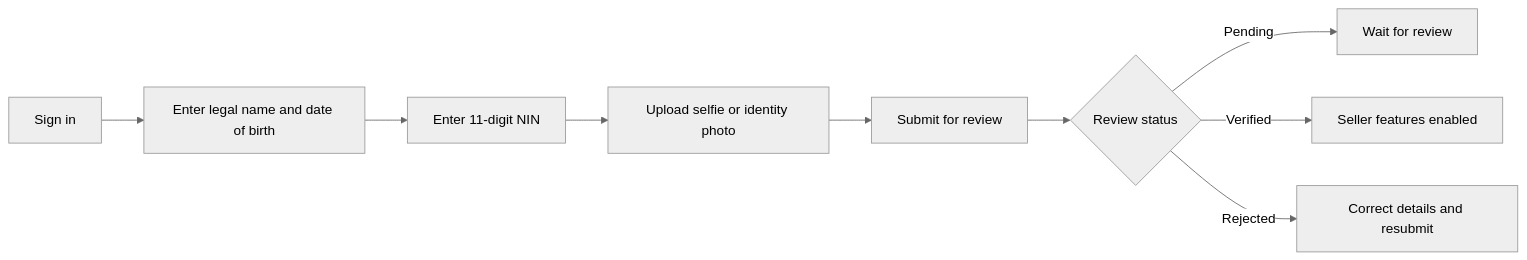
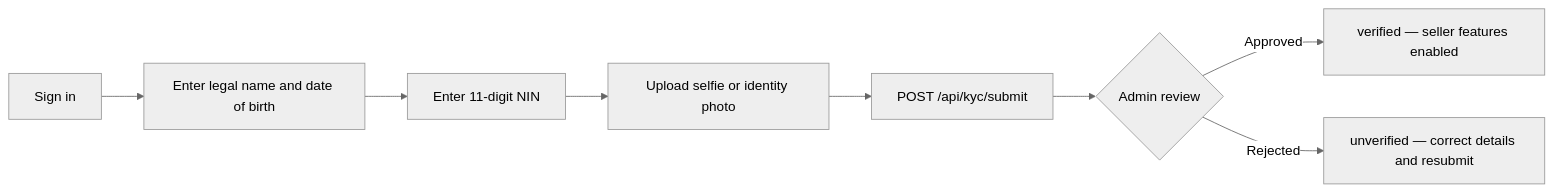
The first of 2 diagrams in apps/docs-site/pages/kyc-onboarding.mdx (arflexx/Airflex), drawn with Mermaid (neutral theme) before and after one commit. The commit also changed other lines of this file, not shown here.

First line of the commit message:
docs(kyc): status lifecycle, review SLA, expiry and re-submission rules (#691)

````diff
--- a/apps/docs-site/pages/kyc-onboarding.mdx
+++ b/apps/docs-site/pages/kyc-onboarding.mdx
@@ -14,11 +36,10 @@
 ```mermaid
 flowchart LR
   A[Sign in] --> B[Enter legal name and date of birth]
   B --> C[Enter 11-digit NIN]
   C --> D[Upload selfie or identity photo]
-  D --> E[Submit for review]
-  E --> F{Review status}
-  F -->|Pending| G[Wait for review]
-  F -->|Verified| H[Seller features enabled]
-  F -->|Rejected| I[Correct details and resubmit]
+  D --> E[POST /api/kyc/submit]
+  E --> F{Admin review}
+  F -->|Approved| H[verified — seller features enabled]
+  F -->|Rejected| I[unverified — correct details and resubmit]
 ```
````
